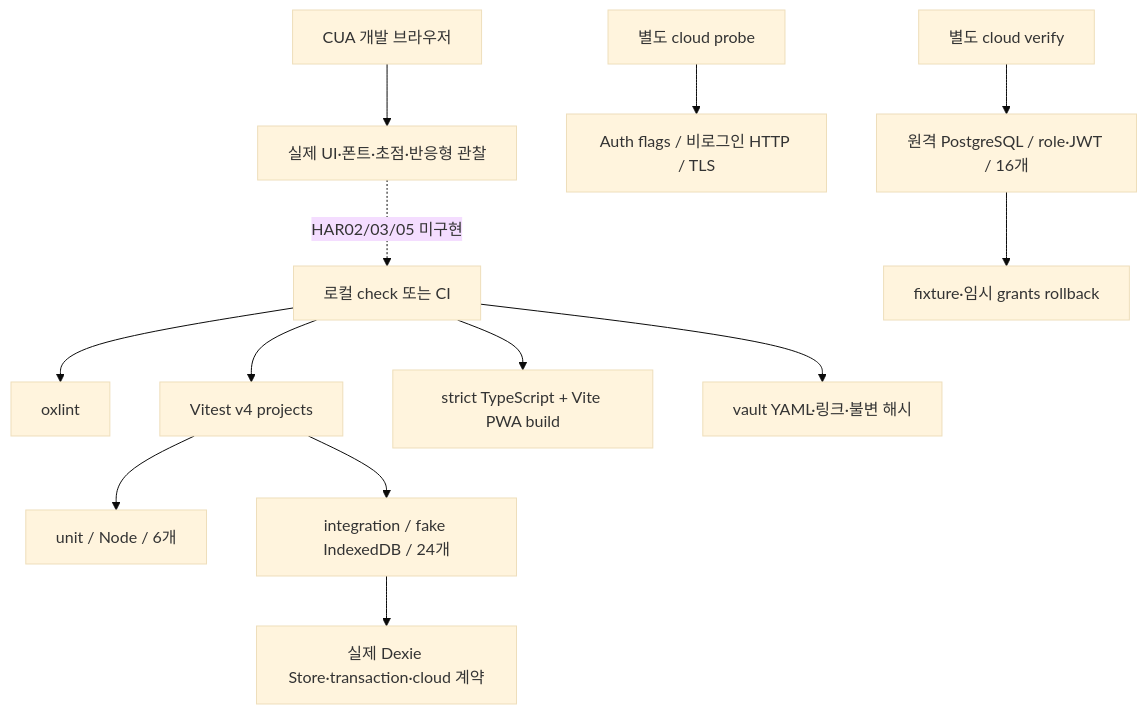
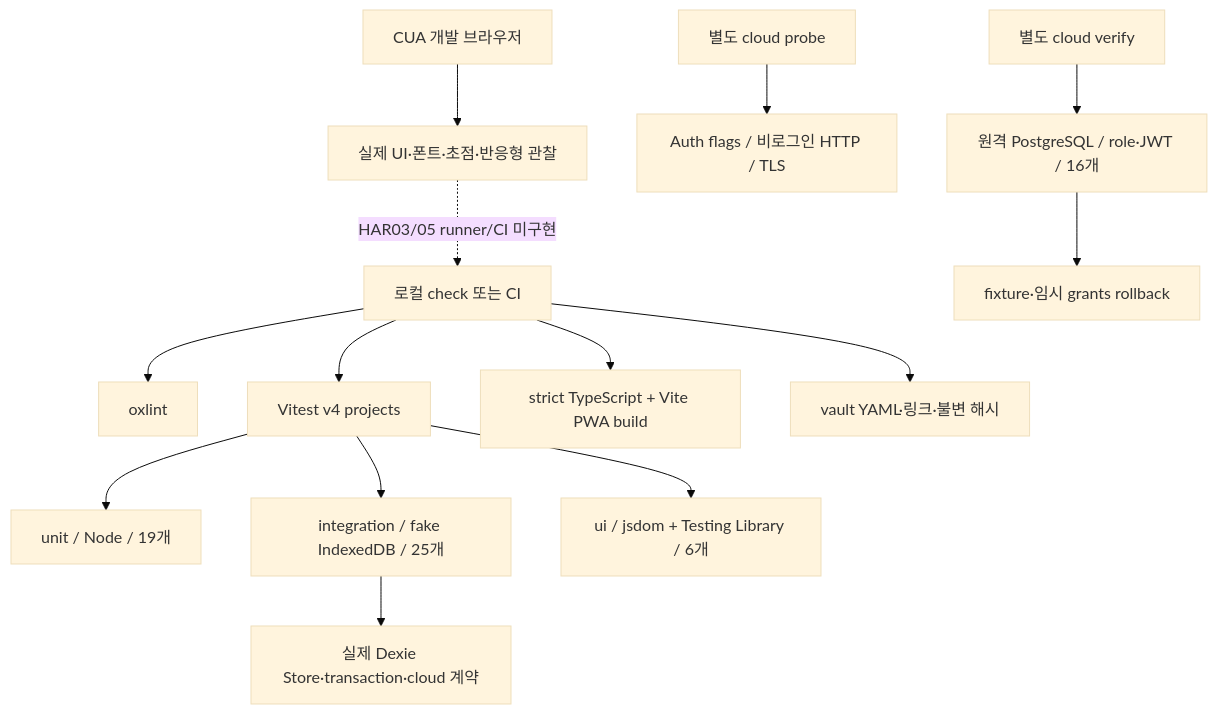
Before and after one commit to Jeongjibsa/lightweight: the diagram in vault/wiki/operations/testing-harness.md, drawn with Mermaid (base theme). The commit also changed other lines of this file and 26 other files, not shown here.

````diff
--- a/vault/wiki/operations/testing-harness.md
+++ b/vault/wiki/operations/testing-harness.md
@@ -44,15 +50,16 @@
 ```mermaid
 flowchart TD
   A[로컬 check 또는 CI] --> B[oxlint]
   A --> C[Vitest v4 projects]
-  C --> U[unit / Node / 6개]
-  C --> I[integration / fake IndexedDB / 24개]
+  C --> U[unit / Node / 19개]
+  C --> I[integration / fake IndexedDB / 25개]
+  C --> J[ui / jsdom + Testing Library / 6개]
   I --> D[실제 Dexie Store·transaction·cloud 계약]
   A --> E[strict TypeScript + Vite PWA build]
   A --> V[vault YAML·링크·불변 해시]
   S[별도 cloud verify] --> P[원격 PostgreSQL / role·JWT / 16개]
   P --> R[fixture·임시 grants rollback]
   H[별도 cloud probe] --> T[Auth flags / 비로그인 HTTP / TLS]
   X[CUA 개발 브라우저] --> Y[실제 UI·폰트·초점·반응형 관찰]
-  Y -. HAR02/03/05 미구현 .-> A
+  Y -. HAR03/05 runner/CI 미구현 .-> A
 ```
````
